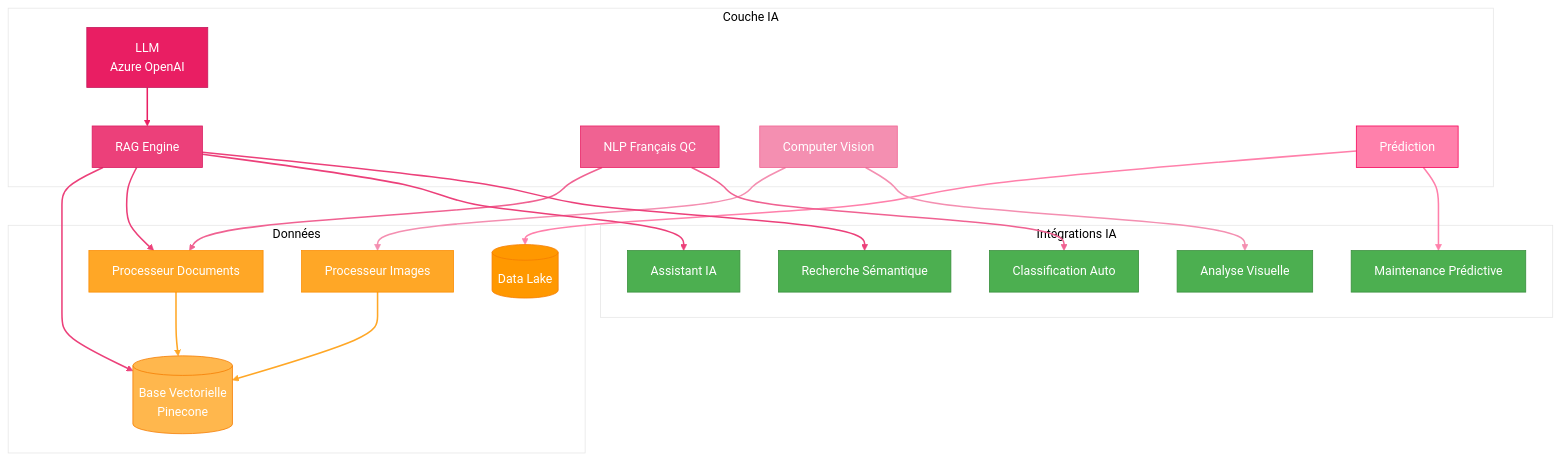
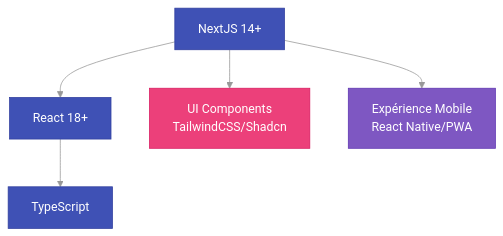
The fourth of 11 diagrams in project/4_technical_architecture/STACK_TECHNIQUE.md (MacroMan5/project_a3e_beta), drawn with Mermaid before and after one commit. The commit also changed other lines of this file and 23 other files, not shown here.

````diff
--- a/project/4_technical_architecture/STACK_TECHNIQUE.md
+++ b/project/4_technical_architecture/STACK_TECHNIQUE.md
@@ -357,75 +163,18 @@
 ```mermaid
 %%{init: {'theme': 'base', 'themeVariables': { 'primaryColor': '#f5f5f5', 'lineColor': '#999'}}}%%
 graph TD
-    classDef llm fill:#E91E63,stroke:#C2185B,color:white
-    classDef rag fill:#EC407A,stroke:#D81B60,color:white
-    classDef nlp fill:#F06292,stroke:#E91E63,color:white
-    classDef cv fill:#F48FB1,stroke:#F06292,color:white
-    classDef pred fill:#FF80AB,stroke:#F50057,color:white
-    classDef vector fill:#FFB74D,stroke:#F57C00,color:white
-    classDef proc fill:#FFA726,stroke:#FB8C00,color:white
-    classDef lake fill:#FF9800,stroke:#F57C00,color:white
-    classDef app fill:#4CAF50,stroke:#388E3C,color:white
+    classDef core fill:#3F51B5,stroke:#303F9F,color:white
+    classDef ui fill:#EC407A,stroke:#D81B60,color:white
+    classDef mobile fill:#7E57C2,stroke:#5E35B1,color:white
 
-    subgraph "Couche IA"
-        LLM[LLM<br/>Azure OpenAI]
-        RAG[RAG Engine]
-        NLP[NLP Français QC]
-        CV[Computer Vision]
-        Pred[Prédiction]
-    end
+    Next[NextJS 14+] --> React[React 18+]
+    React --> TS[TypeScript]
     
-    subgraph "Données"
-        VectorDB[(Base Vectorielle<br/>Pinecone)]
-        DocProc[Processeur Documents]
-        ImageProc[Processeur Images]
-        DataLake[(Data Lake)]
-    end
-    
-    subgraph "Intégrations IA"
-        ChatBot[Assistant IA]
-        DocSearch[Recherche Sémantique]
-        ImgAnalysis[Analyse Visuelle]
-        PredMaint[Maintenance Prédictive]
-        AutoClass[Classification Auto]
-    end
-    
-    LLM --> RAG
-    RAG --> VectorDB
-    RAG --> DocProc
-    NLP --> DocProc
-    CV --> ImageProc
-    Pred --> DataLake
-    
-    DocProc --> VectorDB
-    ImageProc --> VectorDB
-    
-    RAG --> ChatBot
-    RAG --> DocSearch
-    CV --> ImgAnalysis
-    Pred --> PredMaint
-    NLP --> AutoClass
+    Next --> UI[UI Components<br/>TailwindCSS/Shadcn]
+    Next --> Mobile[Expérience Mobile<br/>React Native/PWA]
     
     %% Apply classes
-    class LLM llm
-    class RAG rag
-    class NLP nlp
-    class CV cv
-    class Pred pred
-    class VectorDB vector
-    class DocProc,ImageProc proc
-    class DataLake lake
-    class ChatBot,DocSearch,ImgAnalysis,PredMaint,AutoClass app
-    
-    %% Link styling
-    linkStyle 0 stroke:#E91E63,stroke-width:2px
-    linkStyle 1,2 stroke:#EC407A,stroke-width:2px
-    linkStyle 3 stroke:#F06292,stroke-width:2px
-    linkStyle 4 stroke:#F48FB1,stroke-width:2px
-    linkStyle 5 stroke:#FF80AB,stroke-width:2px
-    linkStyle 6,7 stroke:#FFA726,stroke-width:2px
-    linkStyle 8,9 stroke:#EC407A,stroke-width:2px
-    linkStyle 10 stroke:#F48FB1,stroke-width:2px
-    linkStyle 11 stroke:#FF80AB,stroke-width:2px
-    linkStyle 12 stroke:#F06292,stroke-width:2px
+    class Next,React,TS core
+    class UI ui
+    class Mobile mobile
 ```
````
